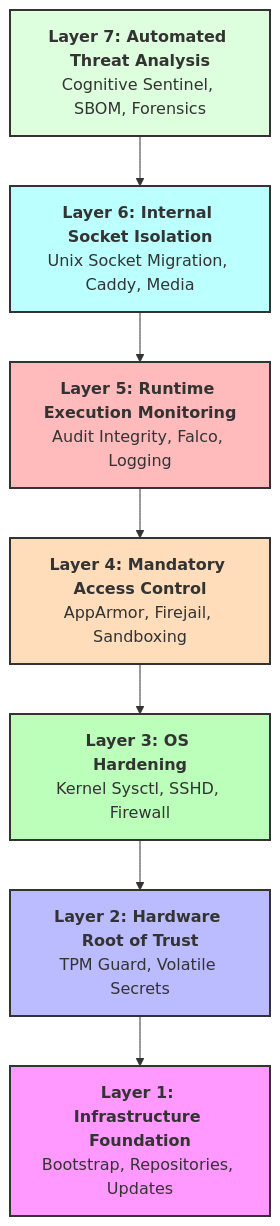
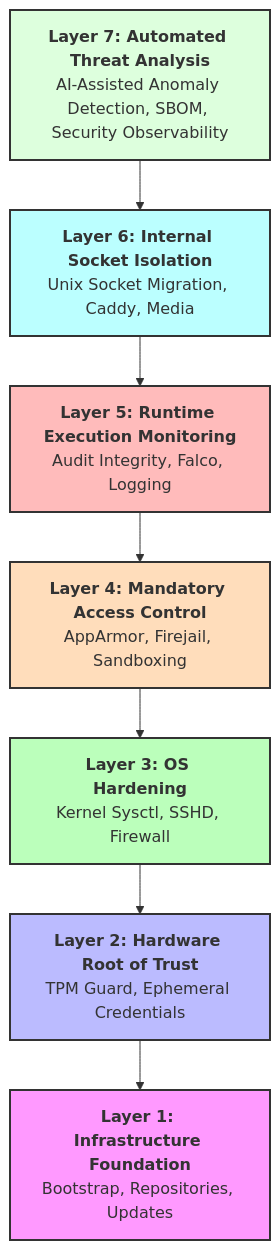
One commit to allaunthefox/deploy-system-unified changed the diagram in wiki_pages/MODULAR_LAYERS.md. Above: the diagram before and after it, drawn with Mermaid. The commit also changed 55 other files, not shown here.

````diff
--- a/wiki_pages/MODULAR_LAYERS.md
+++ b/wiki_pages/MODULAR_LAYERS.md
@@ -5,18 +5,18 @@
 ```mermaid
 graph TD
-    L7[<b>Layer 7: Automated Threat Analysis</b><br/>Cognitive Sentinel, SBOM, Forensics] --> L6
+    L7[<b>Layer 7: Automated Threat Analysis</b><br/>AI-Assisted Anomaly Detection, SBOM, Security Observability] --> L6
     L6[<b>Layer 6: Internal Socket Isolation</b><br/>Unix Socket Migration, Caddy, Media] --> L5
     L5[<b>Layer 5: Runtime Execution Monitoring</b><br/>Audit Integrity, Falco, Logging] --> L4
     L4[<b>Layer 4: Mandatory Access Control</b><br/>AppArmor, Firejail, Sandboxing] --> L3
     L3[<b>Layer 3: OS Hardening</b><br/>Kernel Sysctl, SSHD, Firewall] --> L2
-    L2[<b>Layer 2: Hardware Root of Trust</b><br/>TPM Guard, Volatile Secrets] --> L1
+    L2[<b>Layer 2: Hardware Root of Trust</b><br/>TPM Guard, Ephemeral Credentials] --> L1
     L1[<b>Layer 1: Infrastructure Foundation</b><br/>Bootstrap, Repositories, Updates]
     
     style L1 fill:#f9f,stroke:#333,stroke-width:2px
     style L2 fill:#bbf,stroke:#333,stroke-width:2px
     style L3 fill:#bfb,stroke:#333,stroke-width:2px
     style L4 fill:#fdb,stroke:#333,stroke-width:2px
     style L5 fill:#fbb,stroke:#333,stroke-width:2px
     style L6 fill:#bff,stroke:#333,stroke-width:2px
     style L7 fill:#dfd,stroke:#333,stroke-width:2px
 ```
````
